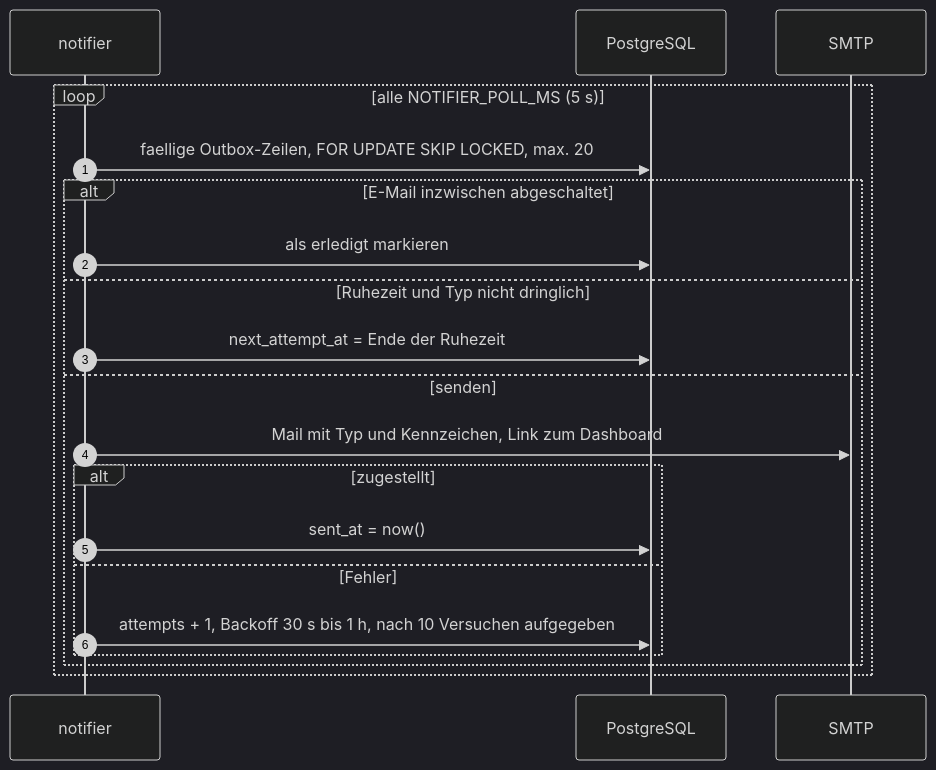
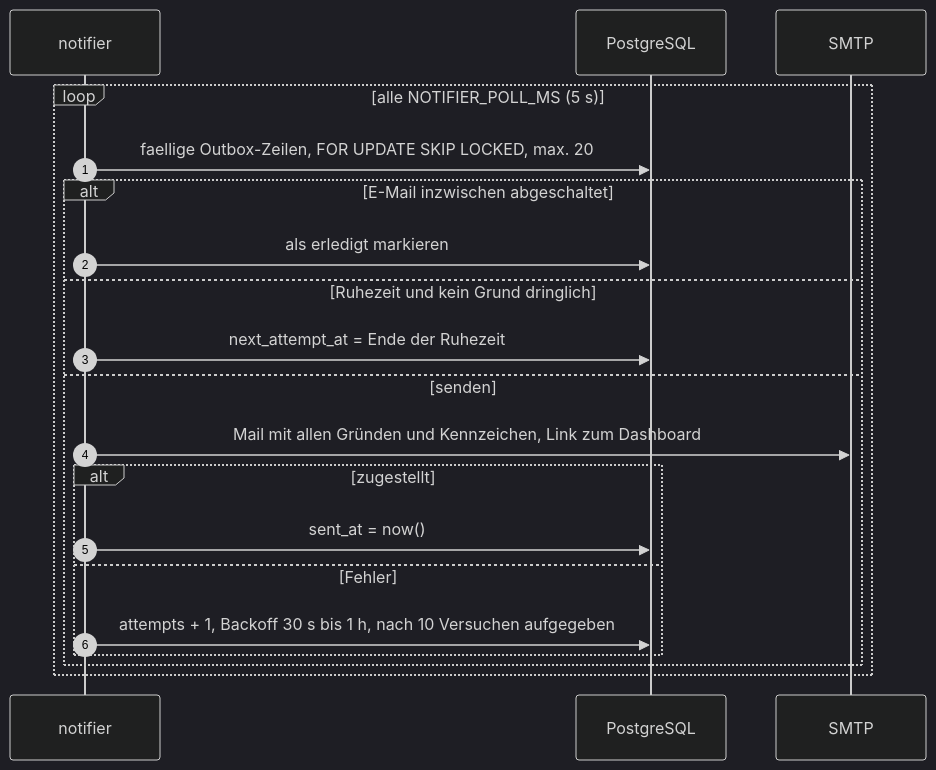
The fifth of 9 diagrams in docs/architecture.md (mariushuck/PlateDrop), drawn with Mermaid (dark theme) before and after one commit. The commit also changed other lines of this file and 24 other files, not shown here.

````diff
--- a/docs/architecture.md
+++ b/docs/architecture.md
@@ -599,23 +602,23 @@
 ```mermaid
 sequenceDiagram
     autonumber
     participant N as notifier
     participant DB as PostgreSQL
     participant S as SMTP
 
     loop alle NOTIFIER_POLL_MS (5 s)
         N->>DB: faellige Outbox-Zeilen, FOR UPDATE SKIP LOCKED, max. 20
         alt E-Mail inzwischen abgeschaltet
             N->>DB: als erledigt markieren
-        else Ruhezeit und Typ nicht dringlich
+        else Ruhezeit und kein Grund dringlich
             N->>DB: next_attempt_at = Ende der Ruhezeit
         else senden
-            N->>S: Mail mit Typ und Kennzeichen, Link zum Dashboard
+            N->>S: Mail mit allen Gründen und Kennzeichen, Link zum Dashboard
             alt zugestellt
                 N->>DB: sent_at = now()
             else Fehler
                 N->>DB: attempts + 1, Backoff 30 s bis 1 h, nach 10 Versuchen aufgegeben
             end
         end
     end
 ```
````
